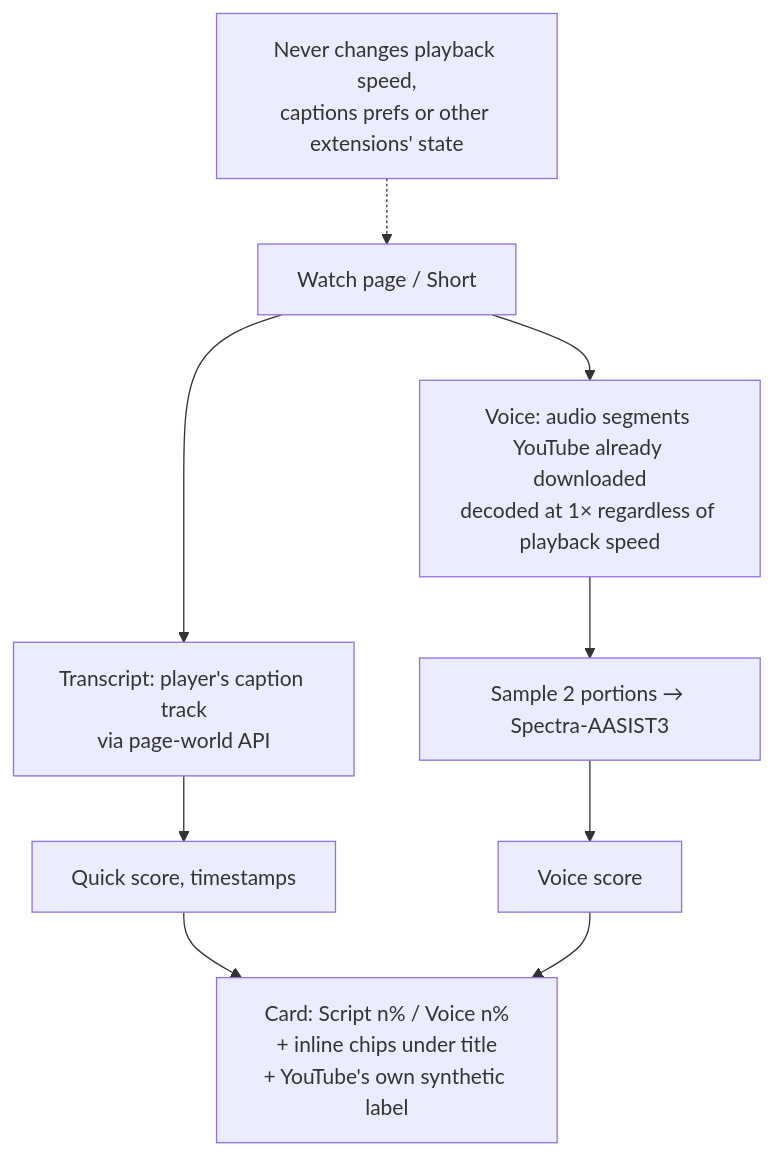
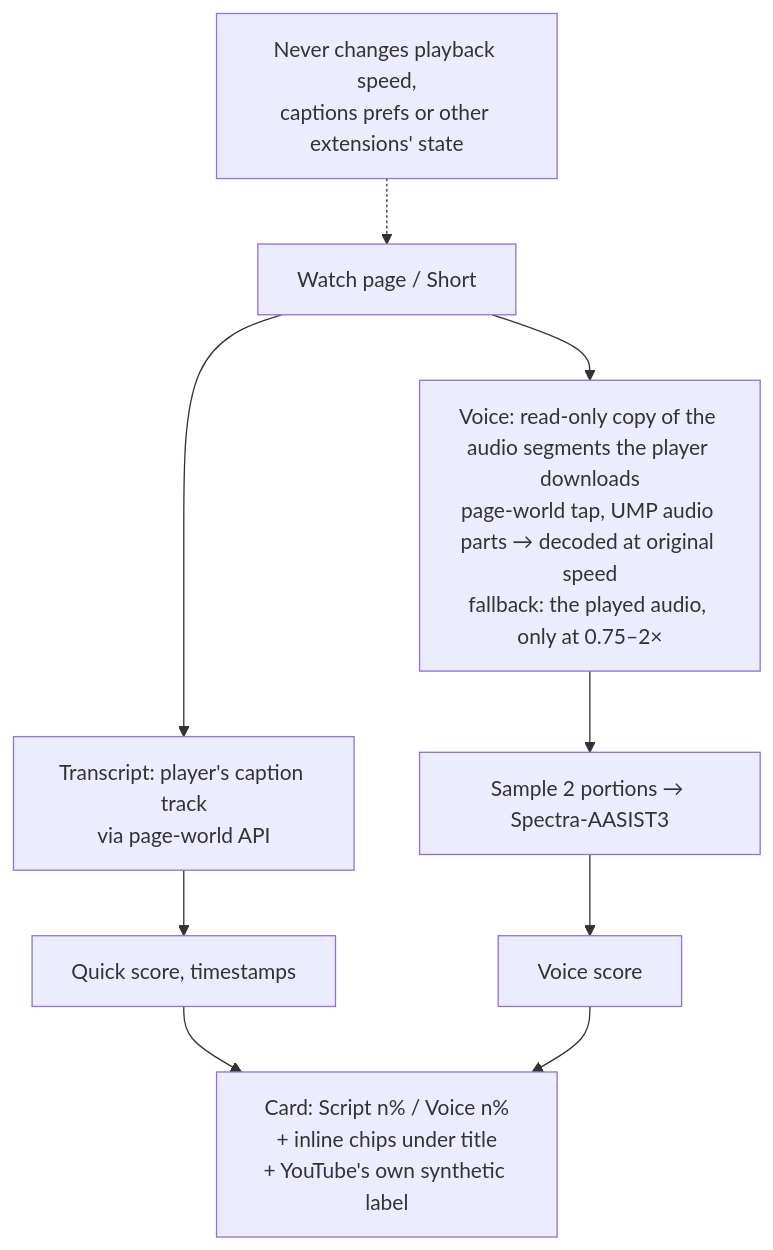
One commit to freddygaffey/local-ai-detector changed the third of 7 diagrams in docs/workflows.md. Above: the diagram before and after it, drawn with Mermaid. The commit also changed other lines of this file, not shown here.

Commit message:
Workflows: voice via the player's downloaded audio; any-site voice

````diff
--- a/docs/workflows.md
+++ b/docs/workflows.md
@@ -46,11 +46,11 @@
 ```mermaid
 flowchart TD
   V[Watch page / Short] --> T[Transcript: player's caption track<br/>via page-world API]
-  V --> A[Voice: audio segments YouTube already downloaded<br/>decoded at 1× regardless of playback speed]
+  V --> A[Voice: read-only copy of the audio segments the player downloads<br/>page-world tap, UMP audio parts → decoded at original speed<br/>fallback: the played audio, only at 0.75–2×]
   A --> S[Sample 2 portions → Spectra-AASIST3]
   T --> Q[Quick score, timestamps]
   S --> R[Voice score]
   Q --> K[Card: Script n% / Voice n%<br/>+ inline chips under title<br/>+ YouTube's own synthetic label]
   R --> K
   X[Never changes playback speed,<br/>captions prefs or other extensions' state] -.-> V
 ```
````
